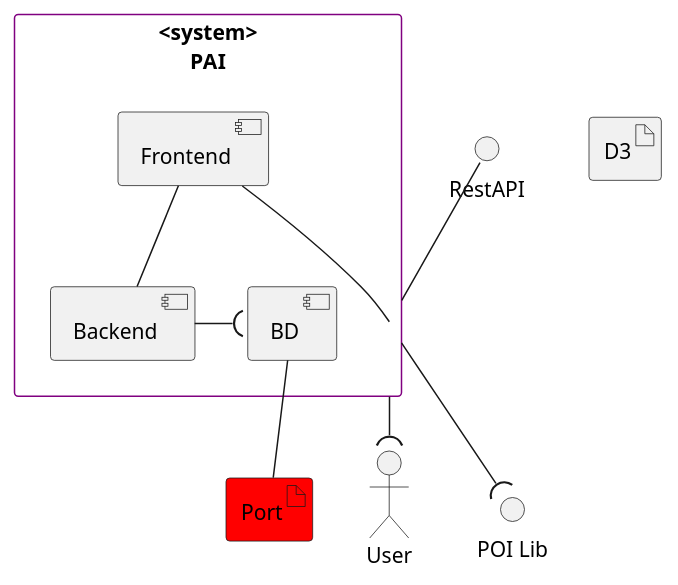
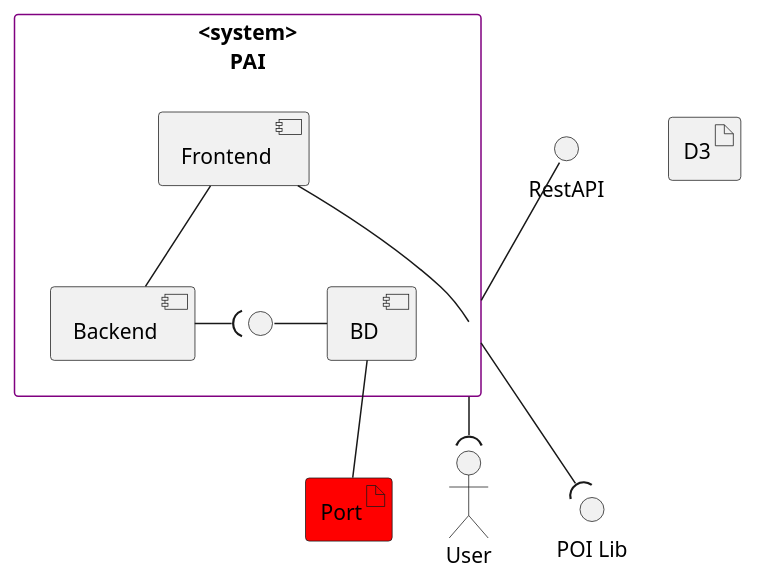
The diagram in docs/US11/D3_Logic_LVL2.puml (GasparISEP/DevOps-PAI), drawn with PlantUML before and after one commit.

Commit message:
Updated diagram D3 Logic View Lvl2 of Programme. Related to #505.

```diff
--- a/docs/US11/D3_Logic_LVL2.puml
+++ b/docs/US11/D3_Logic_LVL2.puml
@@ -1,36 +1,38 @@
 @startuml
 
 skinparam rectangle {
   BorderColor Purple
   BackgroundColor White
 }
 
 ' Elementos externos
 actor User
 
 artifact D3
 artifact Port #red
 interface "POI Lib" as POI
  interface "RestAPI" as RESTAPI
 
 ' Sistema (PAI)
 rectangle "<system>\nPAI" as SystemBox {
   component Frontend
   component Backend
   component BD
+  interface " " as I1
 }
 
 ' Ligações externas — fora da caixa
 SystemBox  --( User
 POI )-up-SystemBox
 RESTAPI -- SystemBox
 
 
 
 ' Ligações internas — dentro da caixa
 Frontend -- Backend
 Frontend -- SystemBox
-Backend -( BD
+Backend -( I1
 BD -- Port
+I1 - BD
 
 @enduml
```
